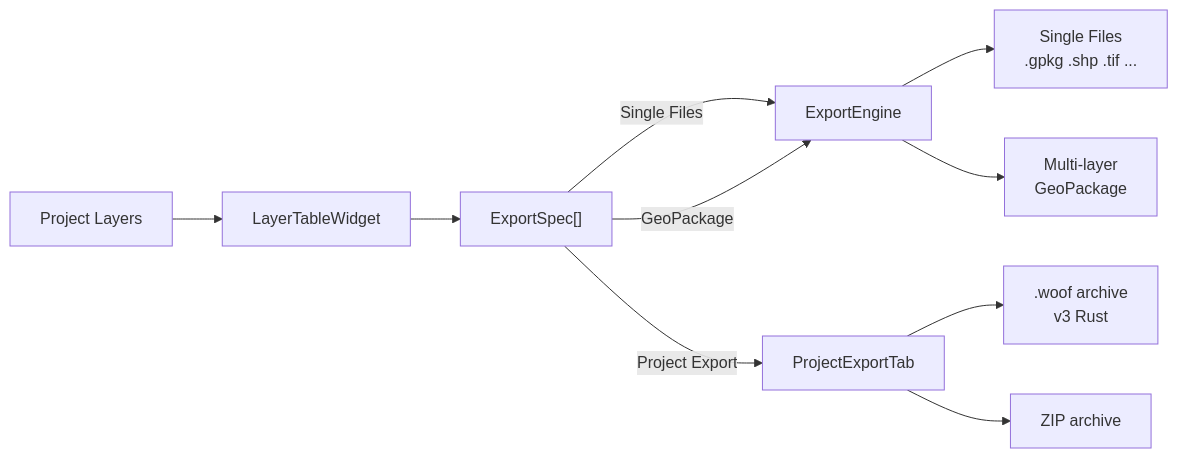
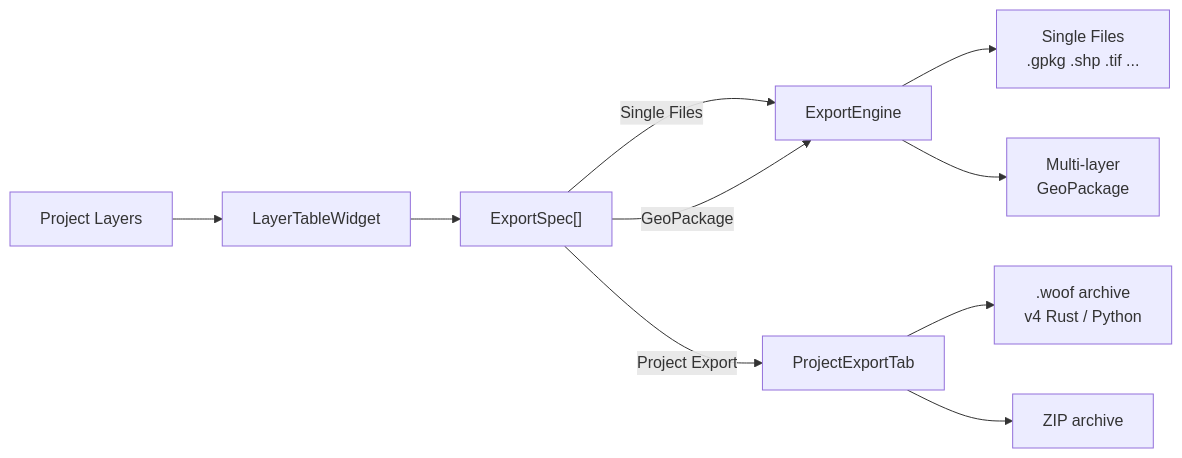
One commit to Wolren/DockExporter changed the diagram in README.md. Above: the diagram before and after it, drawn with Mermaid. The commit also changed other lines of this file and 15 other files, not shown here.

````diff
--- a/README.md
+++ b/README.md
@@ -37,14 +38,14 @@
 ```mermaid
 flowchart LR
     L["Project Layers"] --> LTW["LayerTableWidget"]
     LTW --> SPECS["ExportSpec[]"]
     SPECS -->|"Single Files"| ENG["ExportEngine"]
     SPECS -->|"GeoPackage"| ENG
     SPECS -->|"Project Export"| PET["ProjectExportTab"]
 
     ENG --> SF["Single Files<br>.gpkg .shp .tif ..."]
     ENG --> GPKG["Multi-layer<br>GeoPackage"]
 
-    PET --> WOOF[".woof archive<br>v3 Rust"]
+    PET --> WOOF[".woof archive<br>v4 Rust / Python"]
     PET --> ZIP["ZIP archive"]
 ```
````
